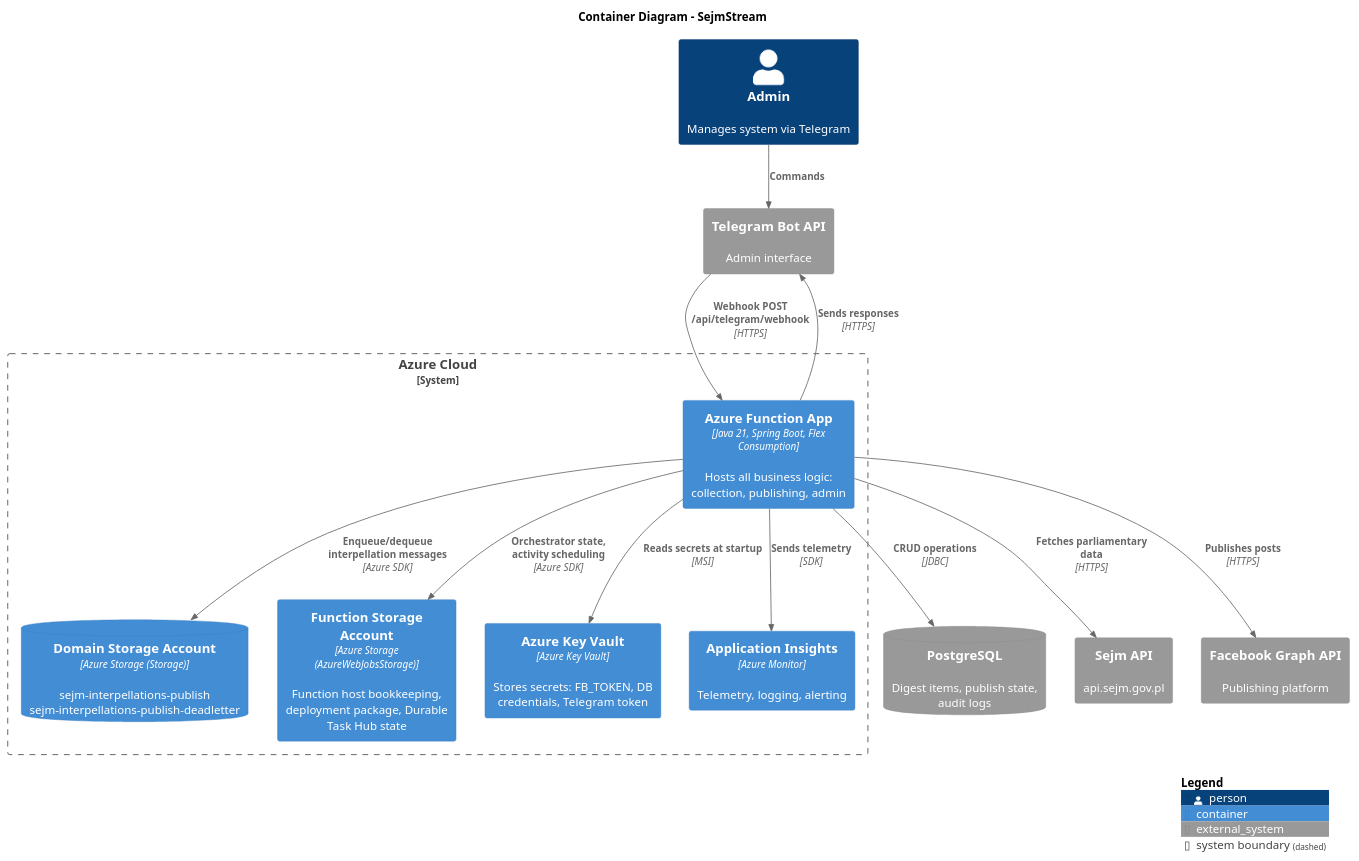
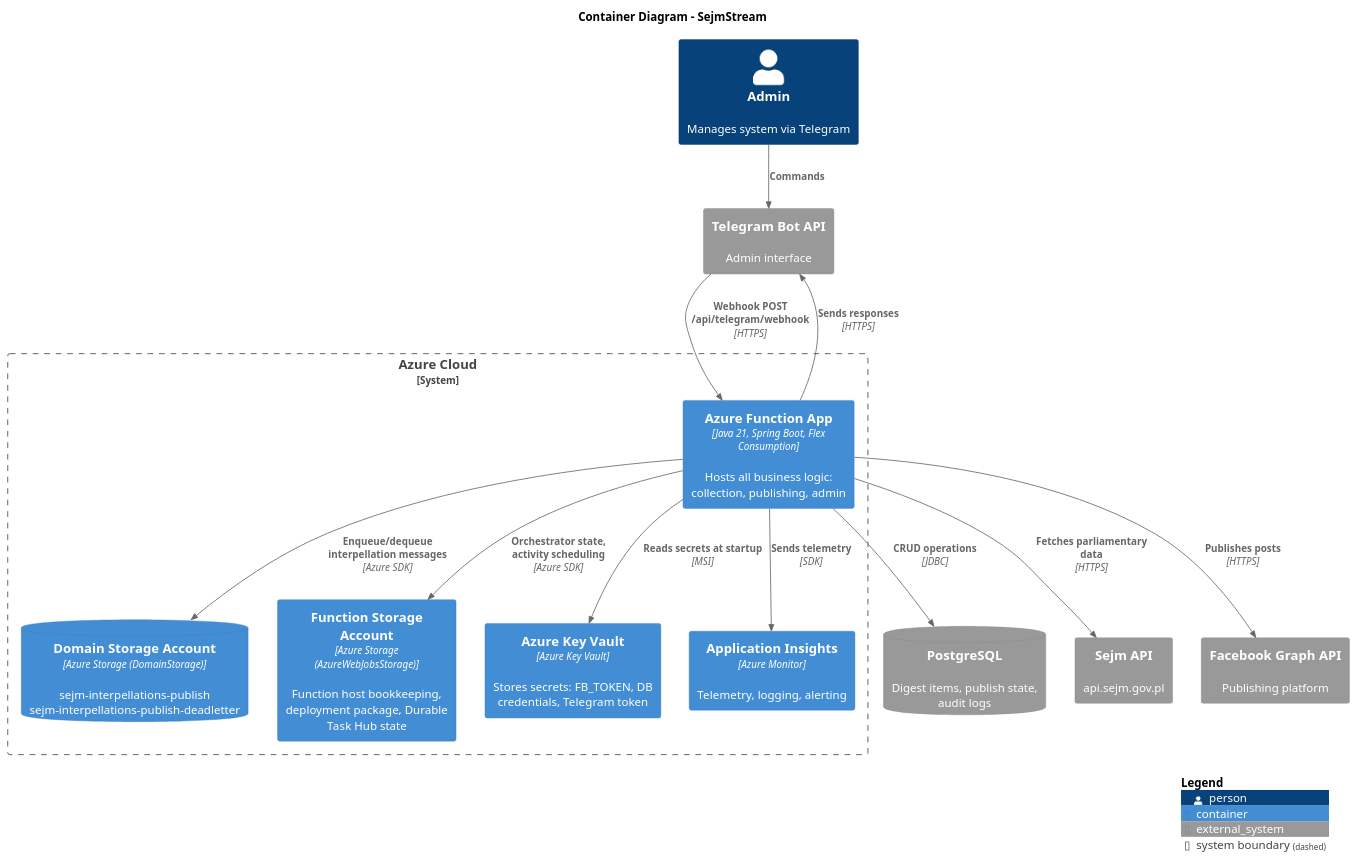
One commit to onlexnet/sejmstream changed the diagram in docs/c4/c4-containers.puml. Above: the diagram before and after it, drawn with PlantUML. The commit also changed 10 other files, not shown here.

Commit message:
feat: Rename storage connection settings from "Storage" to "DomainStorage" for clarity and update related configurations

```diff
--- a/docs/c4/c4-containers.puml
+++ b/docs/c4/c4-containers.puml
@@ -1,33 +1,33 @@
 @startuml C4_Containers
 !include https://raw.githubusercontent.com/plantuml-stdlib/C4-PlantUML/master/C4_Container.puml
 
 title Container Diagram - SejmStream
 
 Person(admin, "Admin", "Manages system via Telegram")
 
 System_Boundary(azure, "Azure Cloud") {
     Container(func_app, "Azure Function App", "Java 21, Spring Boot, Flex Consumption", "Hosts all business logic: collection, publishing, admin")
-    ContainerDb(storage_queues, "Domain Storage Account", "Azure Storage (Storage)", "sejm-interpellations-publish\nsejm-interpellations-publish-deadletter")
+    ContainerDb(storage_queues, "Domain Storage Account", "Azure Storage (DomainStorage)", "sejm-interpellations-publish\nsejm-interpellations-publish-deadletter")
     Container(durable_hub, "Function Storage Account", "Azure Storage (AzureWebJobsStorage)", "Function host bookkeeping, deployment package, Durable Task Hub state")
     Container(key_vault, "Azure Key Vault", "Azure Key Vault", "Stores secrets: FB_TOKEN, DB credentials, Telegram token")
     Container(app_insights, "Application Insights", "Azure Monitor", "Telemetry, logging, alerting")
 }
 
 SystemDb_Ext(postgres, "PostgreSQL", "Digest items, publish state, audit logs")
 System_Ext(sejm_api, "Sejm API", "api.sejm.gov.pl")
 System_Ext(facebook, "Facebook Graph API", "Publishing platform")
 System_Ext(telegram, "Telegram Bot API", "Admin interface")
 
 Rel(admin, telegram, "Commands")
 Rel(telegram, func_app, "Webhook POST /api/telegram/webhook", "HTTPS")
 Rel(func_app, sejm_api, "Fetches parliamentary data", "HTTPS")
 Rel(func_app, facebook, "Publishes posts", "HTTPS")
 Rel(func_app, telegram, "Sends responses", "HTTPS")
 Rel(func_app, postgres, "CRUD operations", "JDBC")
 Rel(func_app, storage_queues, "Enqueue/dequeue interpellation messages", "Azure SDK")
 Rel(func_app, durable_hub, "Orchestrator state, activity scheduling", "Azure SDK")
 Rel(func_app, key_vault, "Reads secrets at startup", "MSI")
 Rel(func_app, app_insights, "Sends telemetry", "SDK")
 
 SHOW_LEGEND()
 @enduml
```
